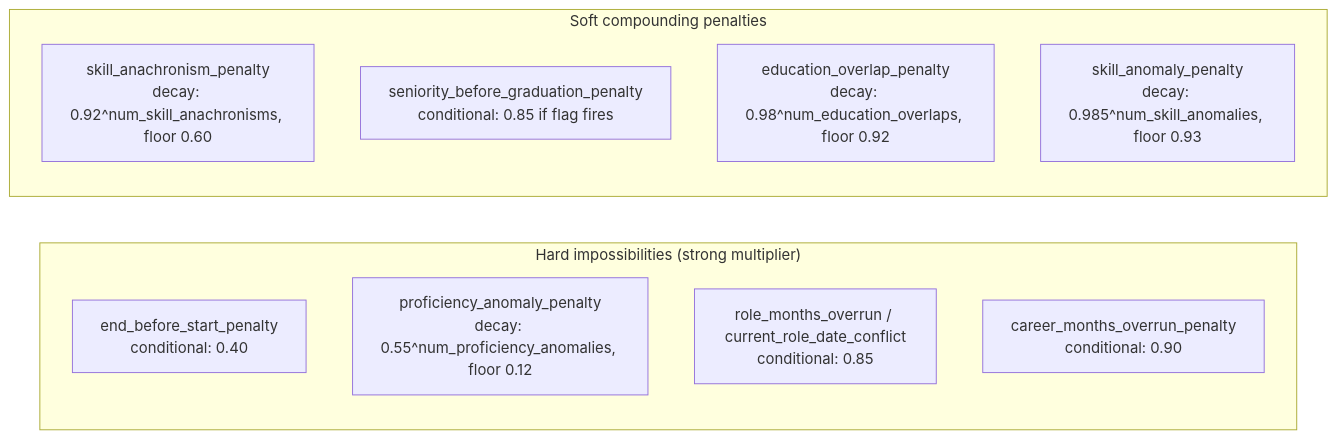
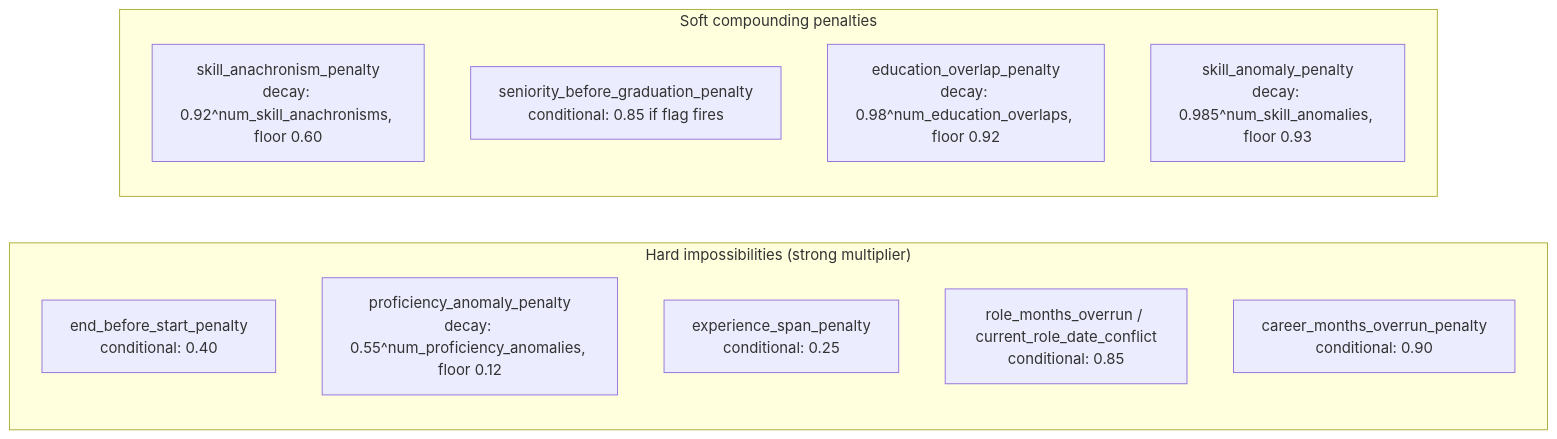
One commit to ankitkr-04/candidate-ranker-v2 changed the second of 2 diagrams in docs/integrity.md. Above: the diagram before and after it, drawn with Mermaid. The commit also changed other lines of this file and 3 other files, not shown here.

Commit message:
Update integrity and feature documentation: add experience span buffer and new detector for experience exceeding career span

````diff
--- a/docs/integrity.md
+++ b/docs/integrity.md
@@ -146,16 +161,17 @@
 ```mermaid
 graph LR
     subgraph "Hard impossibilities (strong multiplier)"
         H1["end_before_start_penalty\nconditional: 0.40"]
         H2["proficiency_anomaly_penalty\ndecay: 0.55^num_proficiency_anomalies, floor 0.12"]
-        H3["role_months_overrun / current_role_date_conflict\nconditional: 0.85"]
-        H4["career_months_overrun_penalty\nconditional: 0.90"]
+        H3["experience_span_penalty\nconditional: 0.25"]
+        H4["role_months_overrun / current_role_date_conflict\nconditional: 0.85"]
+        H5["career_months_overrun_penalty\nconditional: 0.90"]
     end
 
     subgraph "Soft compounding penalties"
         P1["skill_anachronism_penalty\ndecay: 0.92^num_skill_anachronisms, floor 0.60"]
         P2["seniority_before_graduation_penalty\nconditional: 0.85 if flag fires"]
         P3["education_overlap_penalty\ndecay: 0.98^num_education_overlaps, floor 0.92"]
         P4["skill_anomaly_penalty\ndecay: 0.985^num_skill_anomalies, floor 0.93"]
     end
 ```
````
